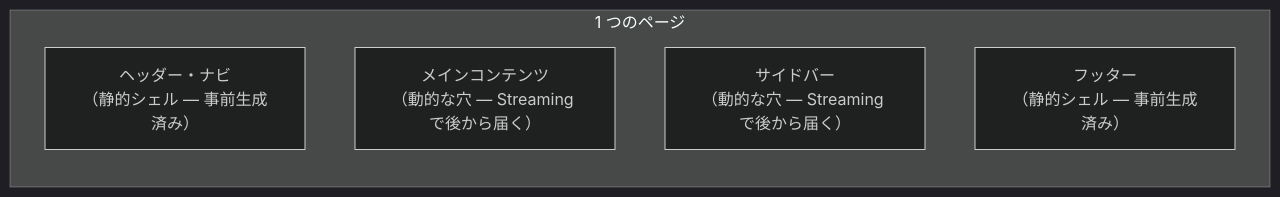
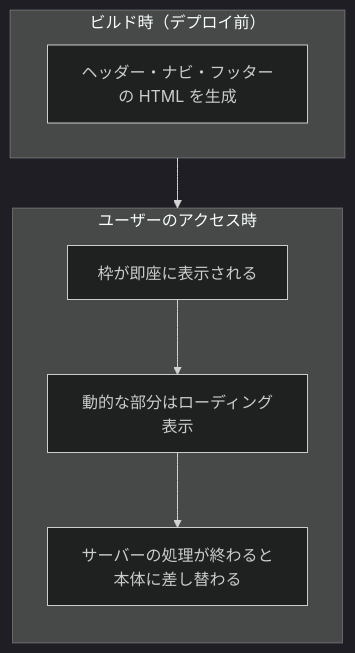
One commit to ozaki25/web-front-training-ozaki25 changed the fifth of 6 diagrams in docs/drafts/004/index.md. Above: the diagram before and after it, drawn with Mermaid (dark theme). The commit also changed other lines of this file, not shown here.

````diff
--- a/docs/drafts/004/index.md
+++ b/docs/drafts/004/index.md
@@ -166,10 +168,14 @@
 ```mermaid
 flowchart TB
-  subgraph page["1 つのページ"]
+  subgraph build["ビルド時（デプロイ前）"]
+    Shell["ヘッダー・ナビ・フッターの HTML を生成"]
+  end
+  subgraph request["ユーザーのアクセス時"]
     direction TB
-    Header["ヘッダー・ナビ\n（静的シェル — 事前生成済み）"]
-    Content["メインコンテンツ\n（動的な穴 — Streaming で後から届く）"]
-    Sidebar["サイドバー\n（動的な穴 — Streaming で後から届く）"]
-    Footer["フッター\n（静的シェル — 事前生成済み）"]
+    Instant["枠が即座に表示される"]
+    Loading["動的な部分はローディング表示"]
+    Done["サーバーの処理が終わると本体に差し替わる"]
+    Instant --> Loading --> Done
   end
+  build --> request
 ```
````
